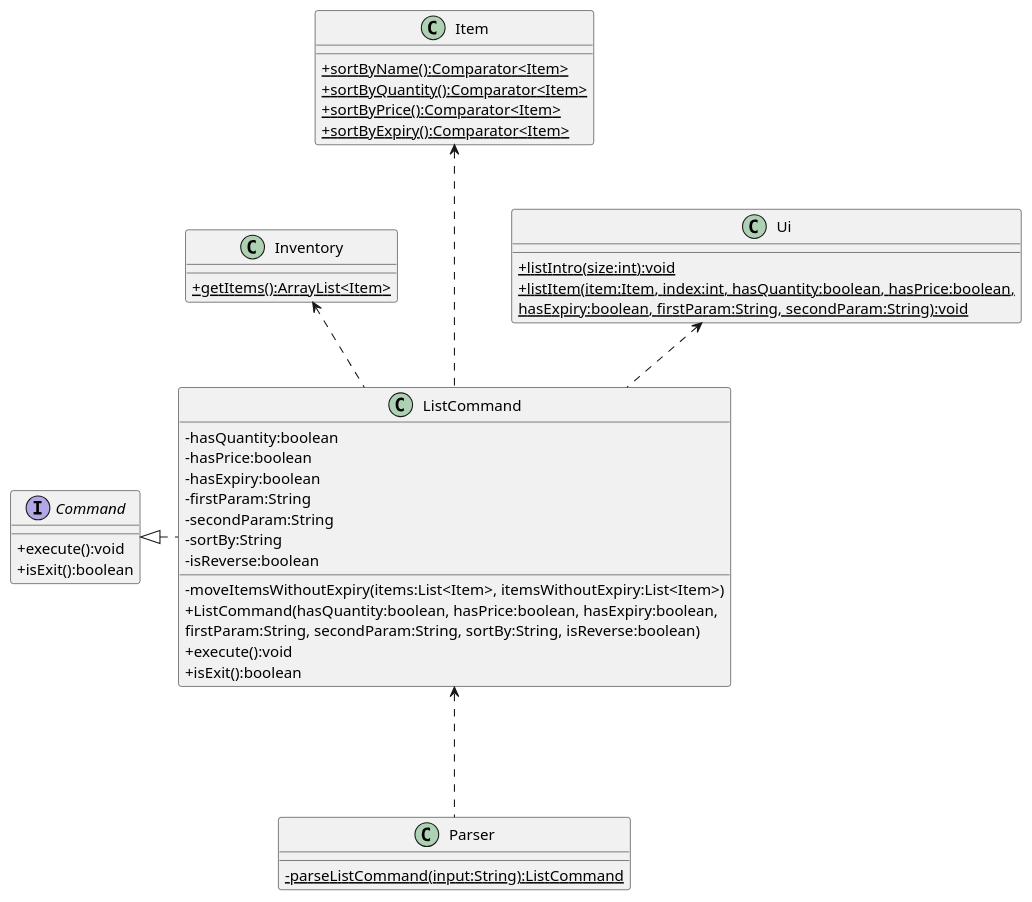
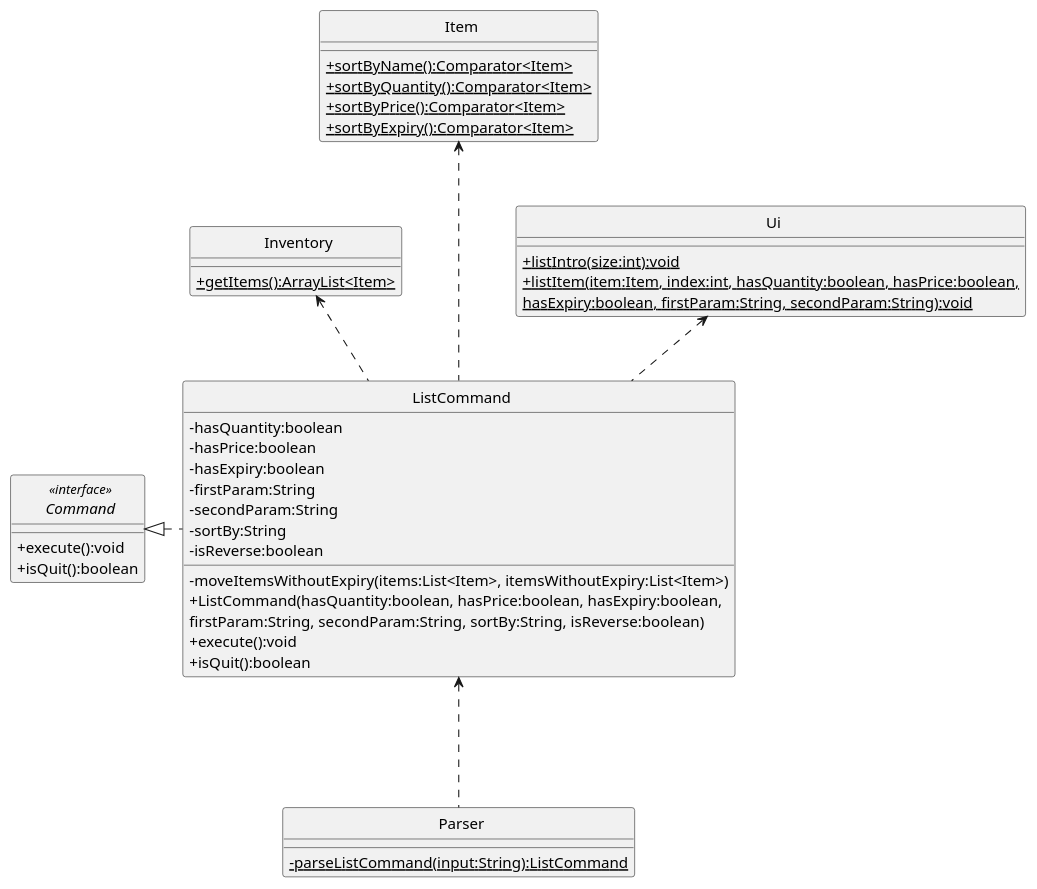
The first of 2 diagrams in docs/uml-diagrams/ListCommand.puml (rismm/tp), drawn with PlantUML before and after one commit. The commit also changed 14 other files, not shown here.

Commit message:
Update UML diagrams

```diff
--- a/docs/uml-diagrams/ListCommand.puml
+++ b/docs/uml-diagrams/ListCommand.puml
@@ -1,57 +1,59 @@
 @startuml
 skinparam classAttributeIconSize 0
+skinparam CircledCharacterFontSize 0
+skinparam CircledCharacterRadius 0
 
 abstract class Command
 class Inventory
 class Item
 class ListCommand
 class Parser
 class Ui
 
 Command <|. ListCommand
 Item <... ListCommand
 Ui <.. ListCommand
 Inventory <.. ListCommand
 ListCommand <... Parser
 
-interface Command {
+interface Command <<interface>> {
     +execute():void
-    +isExit():boolean
+    +isQuit():boolean
 }
 
 class ListCommand {
     -hasQuantity:boolean
     -hasPrice:boolean
     -hasExpiry:boolean
     -firstParam:String
     -secondParam:String
     -sortBy:String
     -isReverse:boolean
     -moveItemsWithoutExpiry(items:List<Item>, itemsWithoutExpiry:List<Item>)
     +ListCommand(hasQuantity:boolean, hasPrice:boolean, hasExpiry:boolean,
     firstParam:String, secondParam:String, sortBy:String, isReverse:boolean)
     +execute():void
-    +isExit():boolean
+    +isQuit():boolean
 }
 
 class Item {
     {static}+sortByName():Comparator<Item>
     {static}+sortByQuantity():Comparator<Item>
     {static}+sortByPrice():Comparator<Item>
     {static}+sortByExpiry():Comparator<Item>
 }
 
 class Inventory {
     {static}+getItems():ArrayList<Item>
 }
 
 class Ui {
     {static}+listIntro(size:int):void
     {static}+listItem(item:Item, index:int, hasQuantity:boolean, hasPrice:boolean,
     {static}hasExpiry:boolean, firstParam:String, secondParam:String):void
 }
 
 class Parser {
     {static}-parseListCommand(input:String):ListCommand
 }
 @enduml
```
